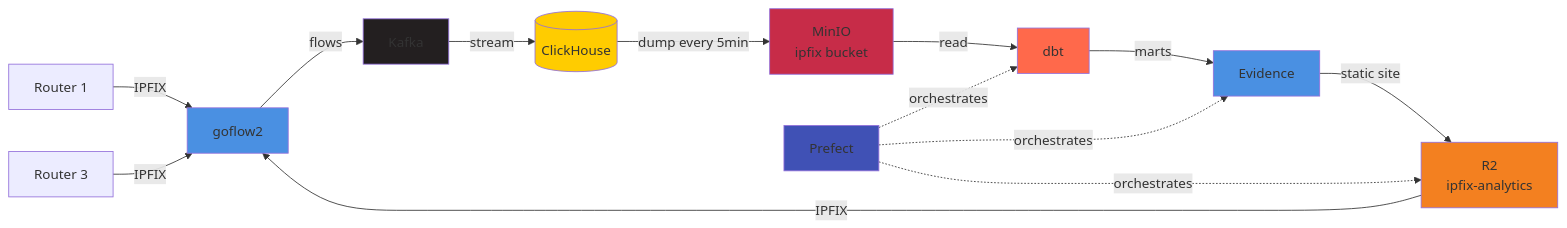
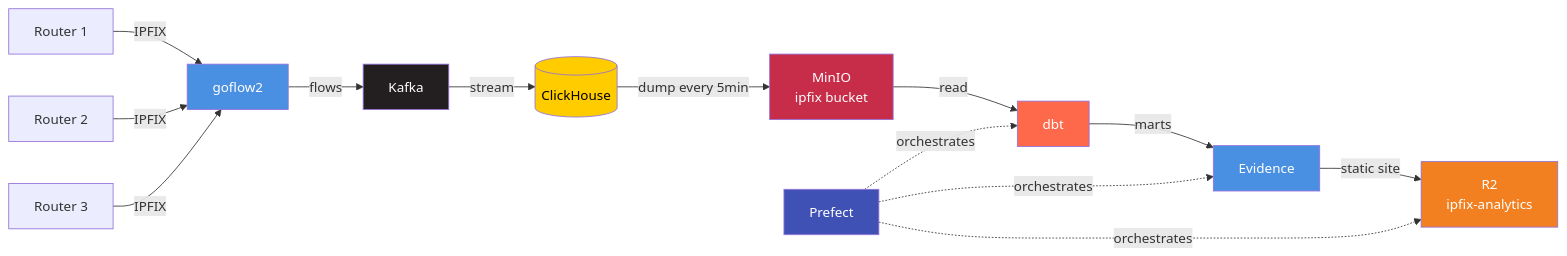
The diagram in README.md (noroutine/ipfix-analytics), drawn with Mermaid before and after one commit.

````diff
--- a/README.md
+++ b/README.md
@@ -7,28 +7,28 @@
 ```mermaid
 graph LR
-    R1[Router 1] -->|IPFIX| GF[goflow2]
-    R2[Router 2] -->|IPFIX| GF
-    R3[Router 3] -->|IPFIX| GF
+    RT1[Router 1] -->|IPFIX| GF[goflow2]
+    RT2[Router 2] -->|IPFIX| GF
+    RT3[Router 3] -->|IPFIX| GF
 
     GF -->|flows| K[Kafka]
     K -->|stream| CH[(ClickHouse)]
 
-    CH -->|dump every 5min| M[MinIO<br/>ipfix bucket]
+    CH -->|dump every 5min| M["MinIO<br/>ipfix bucket"]
     M -->|read| DBT[dbt]
 
     DBT -->|marts| EV[Evidence]
-    EV -->|static site| R2[R2<br/>ipfix-analytics]
+    EV -->|static site| R2["R2<br/>ipfix-analytics"]
 
     P[Prefect] -.->|orchestrates| DBT
     P -.->|orchestrates| EV
     P -.->|orchestrates| R2
 
-    style GF fill:#4a90e2
-    style K fill:#231f20
-    style CH fill:#fc0
-    style M fill:#c72c48
-    style DBT fill:#ff694b
-    style EV fill:#4a90e2
-    style R2 fill:#f38020
-    style P fill:#4051b5
+    style GF fill:#4a90e2,color:#fff
+    style K fill:#231f20,color:#fff
+    style CH fill:#fc0,color:#000
+    style M fill:#c72c48,color:#fff
+    style DBT fill:#ff694b,color:#fff
+    style EV fill:#4a90e2,color:#fff
+    style R2 fill:#f38020,color:#fff
+    style P fill:#4051b5,color:#fff
 ```
````
